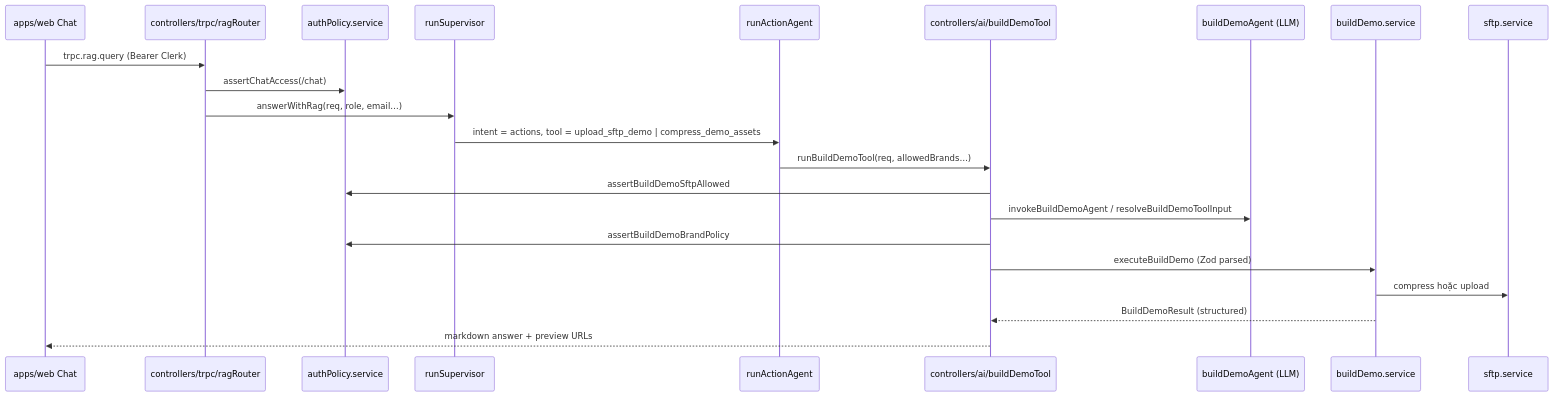
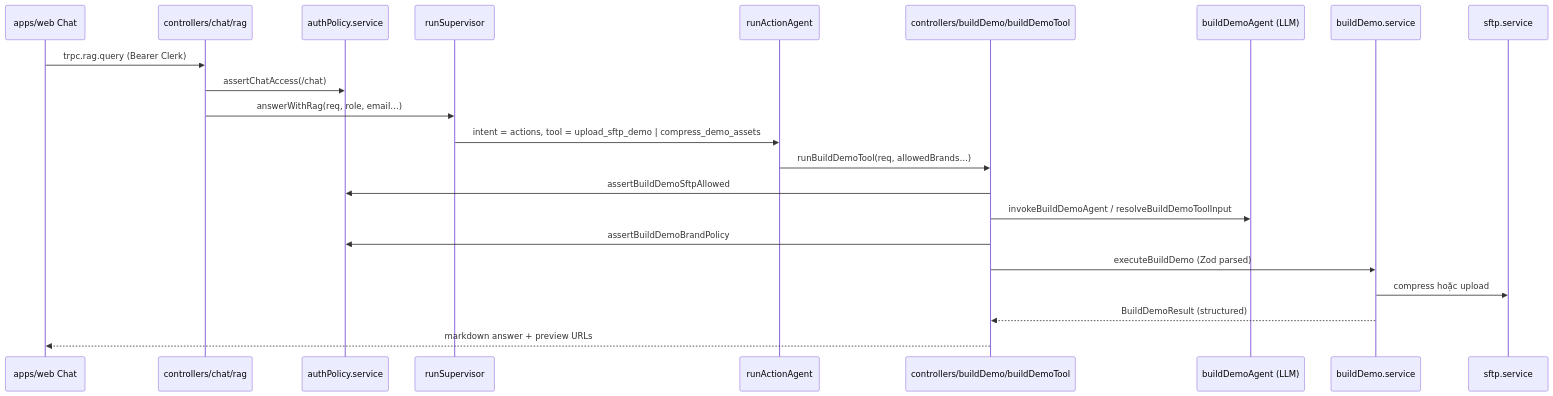
Before and after one commit to Th4nh2603/NewDashboardYomedia: the second of 3 diagrams in docs/server-build-demo-architecture.md, drawn with Mermaid. The commit also changed other lines of this file and 89 other files, not shown here.

````diff
--- a/docs/server-build-demo-architecture.md
+++ b/docs/server-build-demo-architecture.md
@@ -107,25 +104,25 @@
 ```mermaid
 sequenceDiagram
   participant Web as apps/web Chat
-  participant Rag as controllers/trpc/ragRouter
+  participant Rag as controllers/chat/rag
   participant Auth as authPolicy.service
   participant Sup as runSupervisor
   participant Act as runActionAgent
-  participant Tool as controllers/ai/buildDemoTool
+  participant Tool as controllers/buildDemo/buildDemoTool
   participant Agent as buildDemoAgent (LLM)
   participant Svc as buildDemo.service
   participant SFTP as sftp.service
 
   Web->>Rag: trpc.rag.query (Bearer Clerk)
   Rag->>Auth: assertChatAccess(/chat)
   Rag->>Sup: answerWithRag(req, role, email…)
   Sup->>Act: intent = actions, tool = upload_sftp_demo | compress_demo_assets
   Act->>Tool: runBuildDemoTool(req, allowedBrands…)
   Tool->>Auth: assertBuildDemoSftpAllowed
   Tool->>Agent: invokeBuildDemoAgent / resolveBuildDemoToolInput
   Tool->>Auth: assertBuildDemoBrandPolicy
   Tool->>Svc: executeBuildDemo (Zod parsed)
   Svc->>SFTP: compress hoặc upload
   Svc-->>Tool: BuildDemoResult (structured)
   Tool-->>Web: markdown answer + preview URLs
 ```
````
